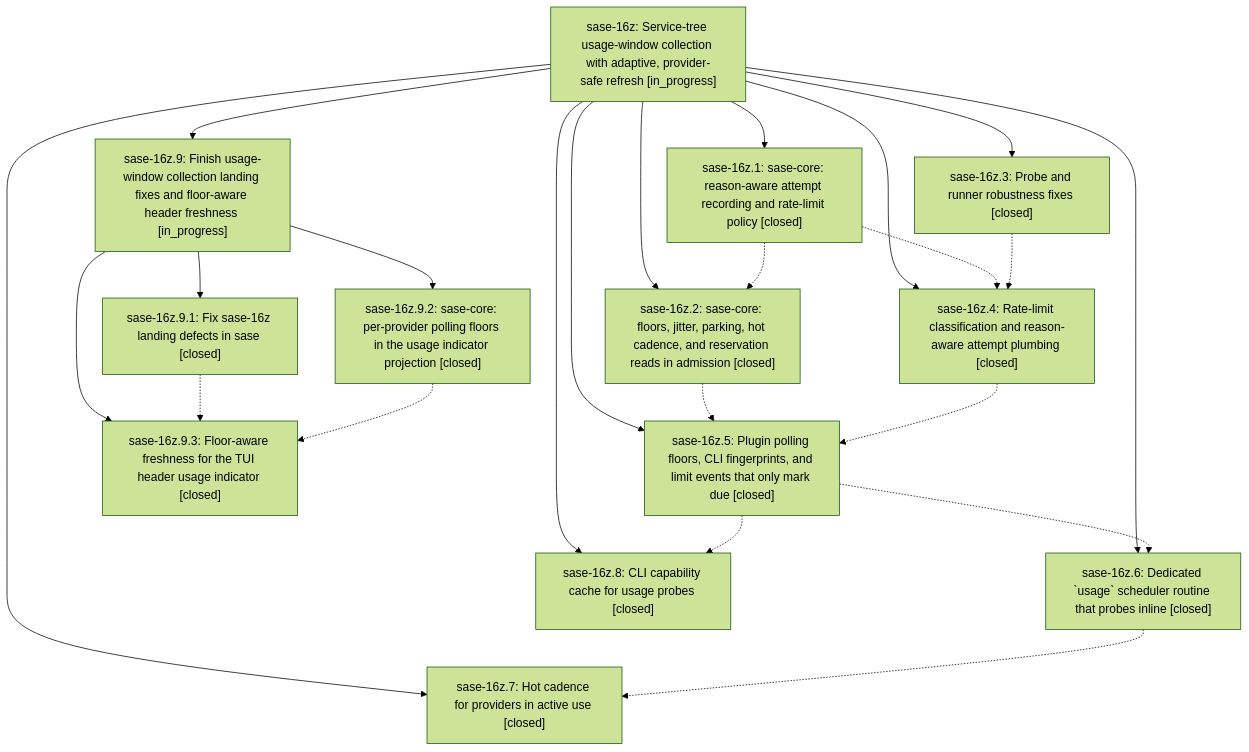
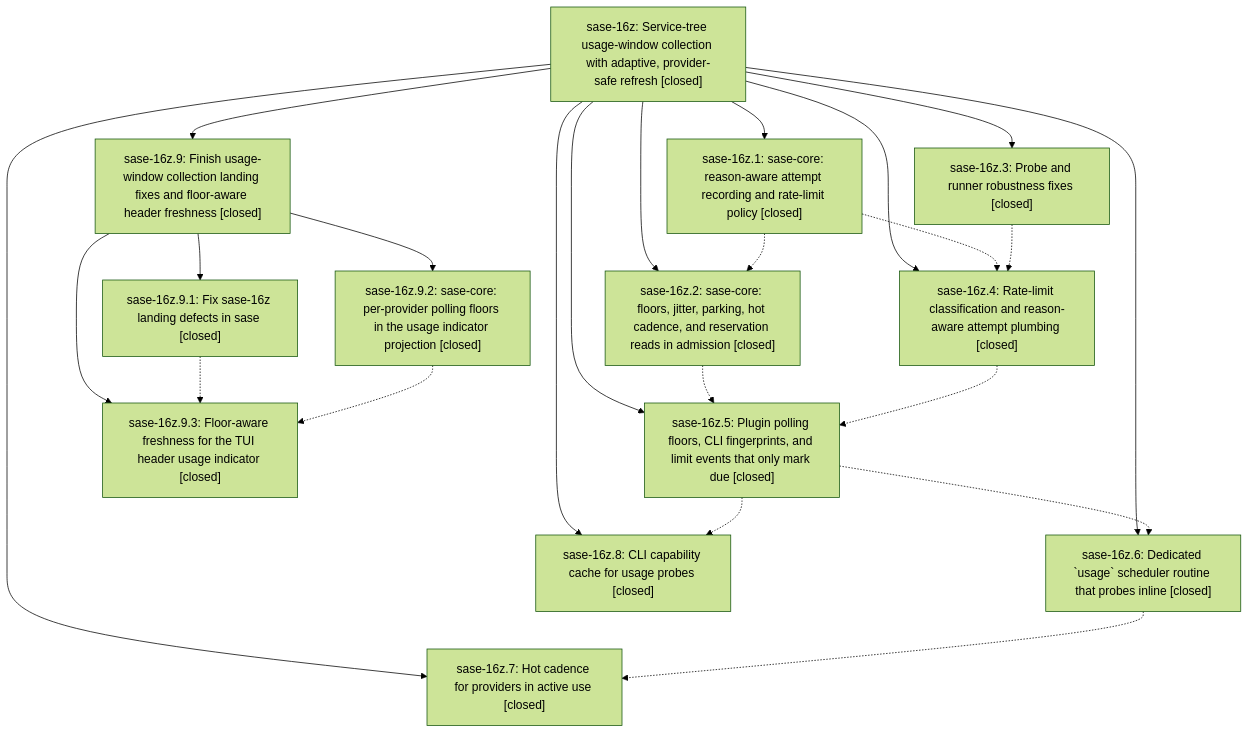
One commit to sase-org/sase--beads changed the diagram in pages/sase-16z/README.md. Above: the diagram before and after it, drawn with Mermaid (forest theme). The commit also changed other lines of this file and 3 other files, not shown here.

````diff
--- a/pages/sase-16z/README.md
+++ b/pages/sase-16z/README.md
@@ -39,38 +41,38 @@
 ```mermaid
 flowchart TD
-    n0["sase-16z: Service-tree usage-window collection with adaptive, provider-safe refresh [in_progress]"]
+    n0["sase-16z: Service-tree usage-window collection with adaptive, provider-safe refresh [closed]"]
     n1["sase-16z.1: sase-core: reason-aware attempt recording and rate-limit policy [closed]"]
     n2["sase-16z.2: sase-core: floors, jitter, parking, hot cadence, and reservation reads in admission [closed]"]
     n3["sase-16z.3: Probe and runner robustness fixes [closed]"]
     n4["sase-16z.4: Rate-limit classification and reason-aware attempt plumbing [closed]"]
     n5["sase-16z.5: Plugin polling floors, CLI fingerprints, and limit events that only mark due [closed]"]
     n6["sase-16z.6: Dedicated `usage` scheduler routine that probes inline [closed]"]
     n7["sase-16z.7: Hot cadence for providers in active use [closed]"]
     n8["sase-16z.8: CLI capability cache for usage probes [closed]"]
-    n9["sase-16z.9: Finish usage-window collection landing fixes and floor-aware header freshness [in_progress]"]
+    n9["sase-16z.9: Finish usage-window collection landing fixes and floor-aware header freshness [closed]"]
     n10["sase-16z.9.1: Fix sase-16z landing defects in sase [closed]"]
     n11["sase-16z.9.2: sase-core: per-provider polling floors in the usage indicator projection [closed]"]
     n12["sase-16z.9.3: Floor-aware freshness for the TUI header usage indicator [closed]"]
     n0 --> n1
     n0 --> n2
     n0 --> n3
     n0 --> n4
     n0 --> n5
     n0 --> n6
     n0 --> n7
     n0 --> n8
     n0 --> n9
     n9 --> n10
     n9 --> n11
     n9 --> n12
     n1 -.-> n2
     n1 -.-> n4
     n2 -.-> n5
     n3 -.-> n4
     n4 -.-> n5
     n5 -.-> n6
     n5 -.-> n8
     n6 -.-> n7
     n10 -.-> n12
     n11 -.-> n12
 ```
````
